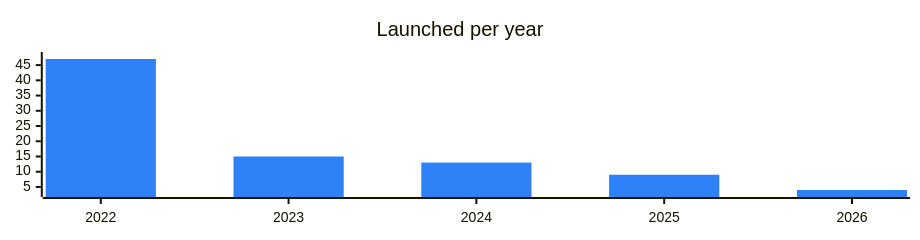
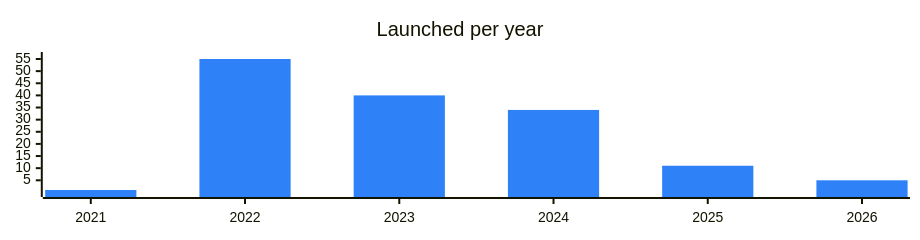
Before and after one commit to vitalikgpt/gram-ecosystem: the diagram in categories/nftcaps.md, drawn with Mermaid. The commit also changed other lines of this file and 69 other files, not shown here.

````diff
--- a/categories/nftcaps.md
+++ b/categories/nftcaps.md
@@ -7,7 +7,7 @@
 ```mermaid
 %%{init: {"xyChart": {"width": 900, "height": 220}, "themeVariables": {"xyChart": {"plotColorPalette": "#2f81f7"}}}}%%
 xychart-beta
   title "Launched per year"
-  x-axis ["2022", "2023", "2024", "2025", "2026"]
-  bar [47, 15, 13, 9, 4]
+  x-axis ["2021", "2022", "2023", "2024", "2025", "2026"]
+  bar [1, 55, 40, 34, 11, 5]
 ```
````
